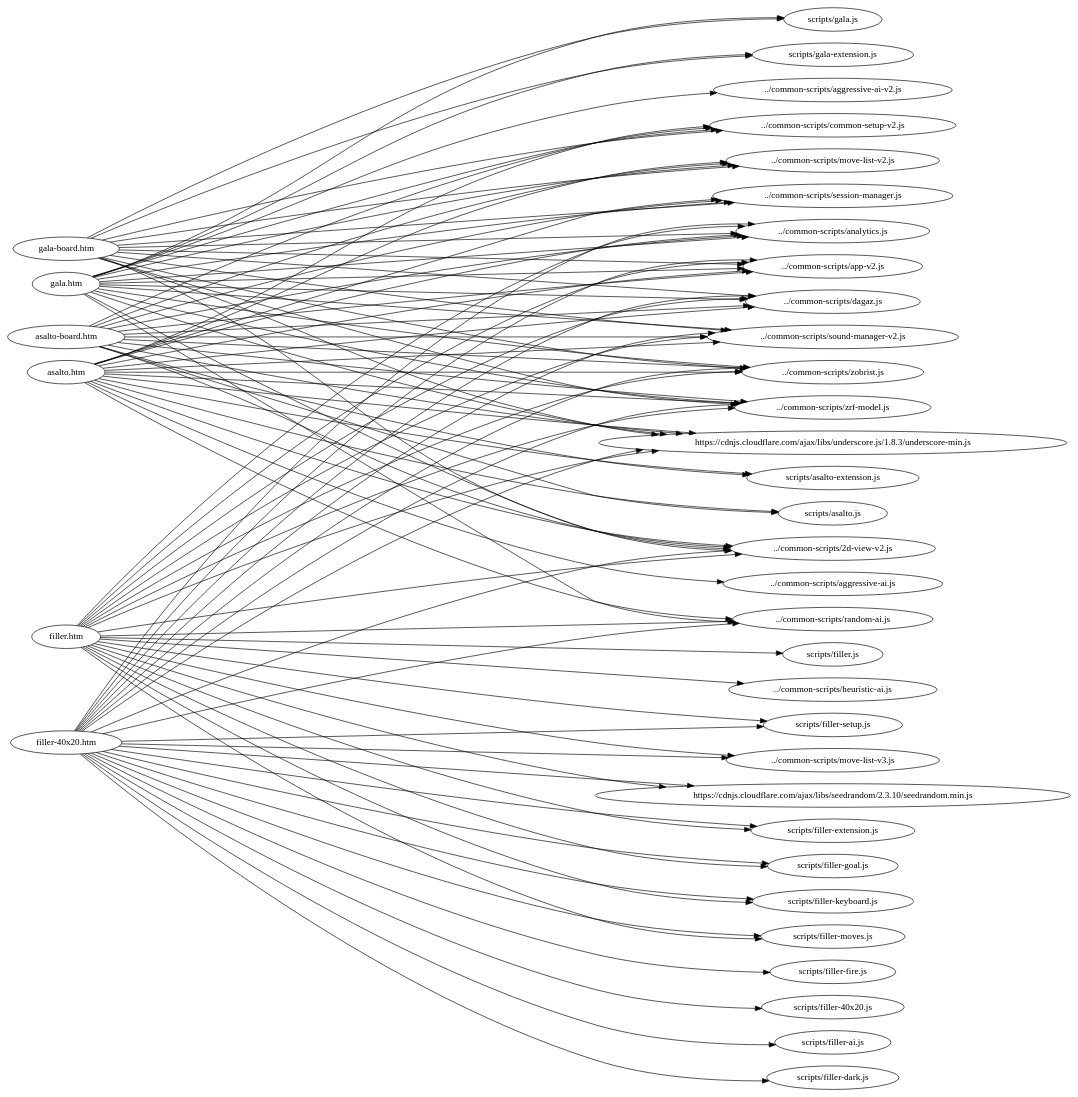
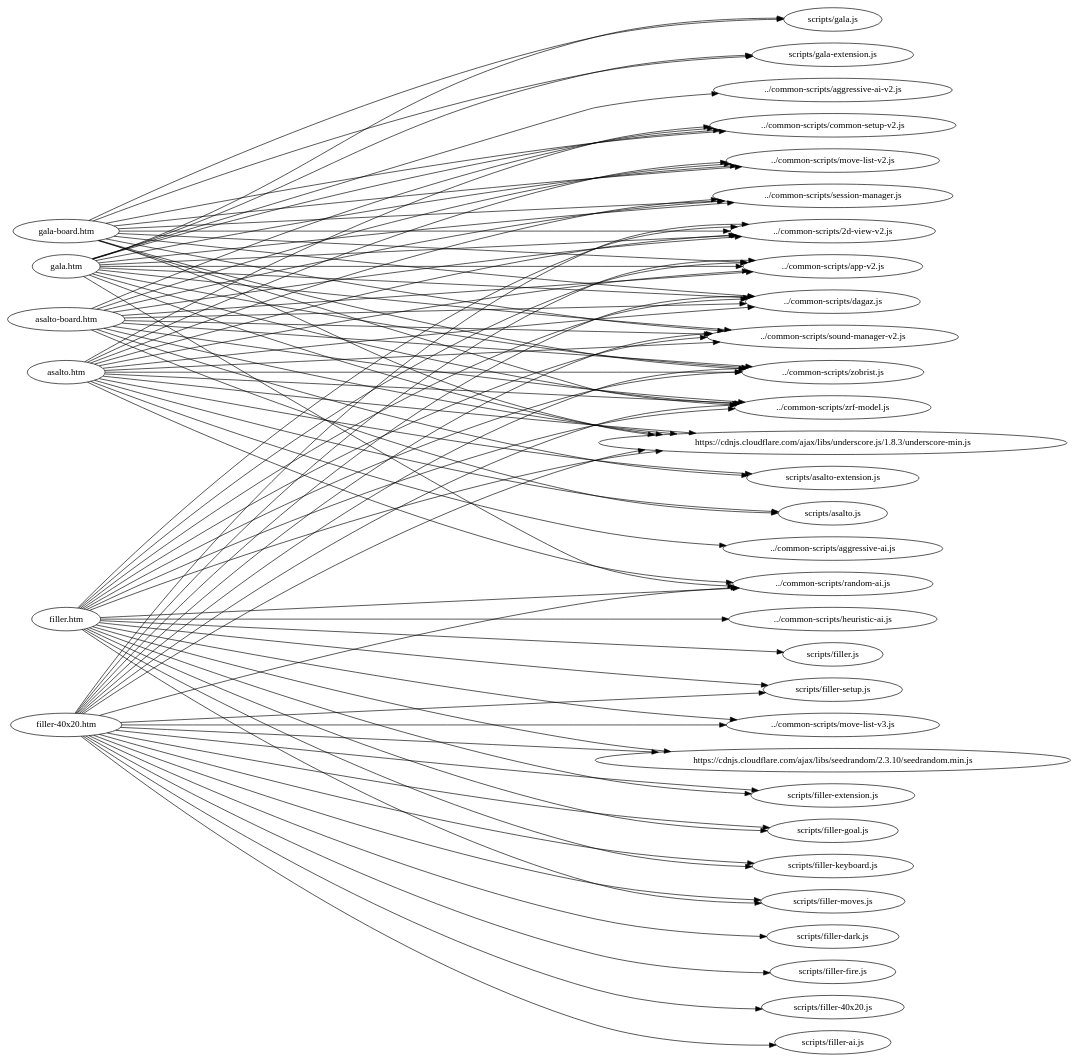
The diagram in refactor-utils/dot/control.dot (stepney141/GlukKazan.github.io), drawn with Graphviz before and after one commit. The commit also changed 49 other files, not shown here.

```diff
--- a/refactor-utils/dot/control.dot
+++ b/refactor-utils/dot/control.dot
@@ -1,97 +1,91 @@
 digraph "graph" {
 graph[ ranksep=10, rankdir = LR ];
   "asalto-board.htm" -> "../common-scripts/2d-view-v2.js";
-  "asalto-board.htm" -> "../common-scripts/analytics.js";
   "asalto-board.htm" -> "../common-scripts/app-v2.js";
   "asalto-board.htm" -> "../common-scripts/common-setup-v2.js";
   "asalto-board.htm" -> "../common-scripts/dagaz.js";
   "asalto-board.htm" -> "../common-scripts/move-list-v2.js";
   "asalto-board.htm" -> "../common-scripts/session-manager.js";
   "asalto-board.htm" -> "../common-scripts/sound-manager-v2.js";
   "asalto-board.htm" -> "../common-scripts/zobrist.js";
   "asalto-board.htm" -> "../common-scripts/zrf-model.js";
   "asalto-board.htm" -> "https://cdnjs.cloudflare.com/ajax/libs/underscore.js/1.8.3/underscore-min.js";
   "asalto-board.htm" -> "scripts/asalto-extension.js";
   "asalto-board.htm" -> "scripts/asalto.js";
   "asalto.htm" -> "../common-scripts/2d-view-v2.js";
   "asalto.htm" -> "../common-scripts/aggressive-ai.js";
-  "asalto.htm" -> "../common-scripts/analytics.js";
   "asalto.htm" -> "../common-scripts/app-v2.js";
   "asalto.htm" -> "../common-scripts/common-setup-v2.js";
   "asalto.htm" -> "../common-scripts/dagaz.js";
   "asalto.htm" -> "../common-scripts/move-list-v2.js";
   "asalto.htm" -> "../common-scripts/random-ai.js";
   "asalto.htm" -> "../common-scripts/session-manager.js";
   "asalto.htm" -> "../common-scripts/sound-manager-v2.js";
   "asalto.htm" -> "../common-scripts/zobrist.js";
   "asalto.htm" -> "../common-scripts/zrf-model.js";
   "asalto.htm" -> "https://cdnjs.cloudflare.com/ajax/libs/underscore.js/1.8.3/underscore-min.js";
   "asalto.htm" -> "scripts/asalto-extension.js";
   "asalto.htm" -> "scripts/asalto.js";
   "filler-40x20.htm" -> "../common-scripts/2d-view-v2.js";
-  "filler-40x20.htm" -> "../common-scripts/analytics.js";
   "filler-40x20.htm" -> "../common-scripts/app-v2.js";
   "filler-40x20.htm" -> "../common-scripts/dagaz.js";
   "filler-40x20.htm" -> "../common-scripts/move-list-v3.js";
   "filler-40x20.htm" -> "../common-scripts/random-ai.js";
   "filler-40x20.htm" -> "../common-scripts/sound-manager-v2.js";
   "filler-40x20.htm" -> "../common-scripts/zobrist.js";
   "filler-40x20.htm" -> "../common-scripts/zrf-model.js";
   "filler-40x20.htm" -> "https://cdnjs.cloudflare.com/ajax/libs/seedrandom/2.3.10/seedrandom.min.js";
   "filler-40x20.htm" -> "https://cdnjs.cloudflare.com/ajax/libs/underscore.js/1.8.3/underscore-min.js";
   "filler-40x20.htm" -> "scripts/filler-40x20.js";
   "filler-40x20.htm" -> "scripts/filler-ai.js";
   "filler-40x20.htm" -> "scripts/filler-dark.js";
   "filler-40x20.htm" -> "scripts/filler-extension.js";
   "filler-40x20.htm" -> "scripts/filler-fire.js";
   "filler-40x20.htm" -> "scripts/filler-goal.js";
   "filler-40x20.htm" -> "scripts/filler-keyboard.js";
   "filler-40x20.htm" -> "scripts/filler-moves.js";
   "filler-40x20.htm" -> "scripts/filler-setup.js";
   "filler.htm" -> "../common-scripts/2d-view-v2.js";
-  "filler.htm" -> "../common-scripts/analytics.js";
   "filler.htm" -> "../common-scripts/app-v2.js";
   "filler.htm" -> "../common-scripts/dagaz.js";
   "filler.htm" -> "../common-scripts/heuristic-ai.js";
   "filler.htm" -> "../common-scripts/move-list-v3.js";
   "filler.htm" -> "../common-scripts/random-ai.js";
   "filler.htm" -> "../common-scripts/sound-manager-v2.js";
   "filler.htm" -> "../common-scripts/zobrist.js";
   "filler.htm" -> "../common-scripts/zrf-model.js";
   "filler.htm" -> "https://cdnjs.cloudflare.com/ajax/libs/seedrandom/2.3.10/seedrandom.min.js";
   "filler.htm" -> "https://cdnjs.cloudflare.com/ajax/libs/underscore.js/1.8.3/underscore-min.js";
   "filler.htm" -> "scripts/filler-extension.js";
   "filler.htm" -> "scripts/filler-goal.js";
   "filler.htm" -> "scripts/filler-keyboard.js";
   "filler.htm" -> "scripts/filler-moves.js";
   "filler.htm" -> "scripts/filler-setup.js";
   "filler.htm" -> "scripts/filler.js";
   "gala-board.htm" -> "../common-scripts/2d-view-v2.js";
-  "gala-board.htm" -> "../common-scripts/analytics.js";
   "gala-board.htm" -> "../common-scripts/app-v2.js";
   "gala-board.htm" -> "../common-scripts/common-setup-v2.js";
   "gala-board.htm" -> "../common-scripts/dagaz.js";
   "gala-board.htm" -> "../common-scripts/move-list-v2.js";
   "gala-board.htm" -> "../common-scripts/session-manager.js";
   "gala-board.htm" -> "../common-scripts/sound-manager-v2.js";
   "gala-board.htm" -> "../common-scripts/zobrist.js";
   "gala-board.htm" -> "../common-scripts/zrf-model.js";
   "gala-board.htm" -> "https://cdnjs.cloudflare.com/ajax/libs/underscore.js/1.8.3/underscore-min.js";
   "gala-board.htm" -> "scripts/gala-extension.js";
   "gala-board.htm" -> "scripts/gala.js";
   "gala.htm" -> "../common-scripts/2d-view-v2.js";
   "gala.htm" -> "../common-scripts/aggressive-ai-v2.js";
-  "gala.htm" -> "../common-scripts/analytics.js";
   "gala.htm" -> "../common-scripts/app-v2.js";
   "gala.htm" -> "../common-scripts/common-setup-v2.js";
   "gala.htm" -> "../common-scripts/dagaz.js";
   "gala.htm" -> "../common-scripts/move-list-v2.js";
   "gala.htm" -> "../common-scripts/random-ai.js";
   "gala.htm" -> "../common-scripts/session-manager.js";
   "gala.htm" -> "../common-scripts/sound-manager-v2.js";
   "gala.htm" -> "../common-scripts/zobrist.js";
   "gala.htm" -> "../common-scripts/zrf-model.js";
   "gala.htm" -> "https://cdnjs.cloudflare.com/ajax/libs/underscore.js/1.8.3/underscore-min.js";
   "gala.htm" -> "scripts/gala-extension.js";
   "gala.htm" -> "scripts/gala.js";
 }
```
